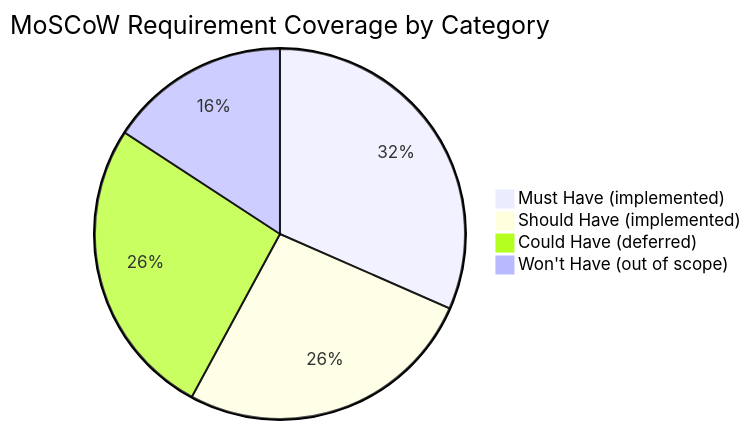
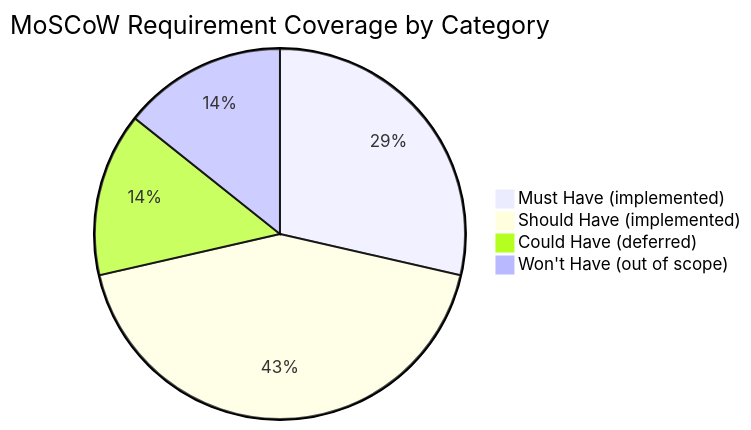
Before and after one commit to DevelApp-ai/deterministic-technical-design-specification: the third of 3 diagrams in example/docs/traceability/index.md, drawn with Mermaid. The commit also changed other lines of this file and 15 other files, not shown here.

````diff
--- a/example/docs/traceability/index.md
+++ b/example/docs/traceability/index.md
@@ -142,7 +161,7 @@
 ```mermaid
 pie title MoSCoW Requirement Coverage by Category
     "Must Have (implemented)" : 6
-    "Should Have (implemented)" : 5
-    "Could Have (deferred)" : 5
+    "Should Have (implemented)" : 9
+    "Could Have (deferred)" : 3
     "Won't Have (out of scope)" : 3
 ```
````
